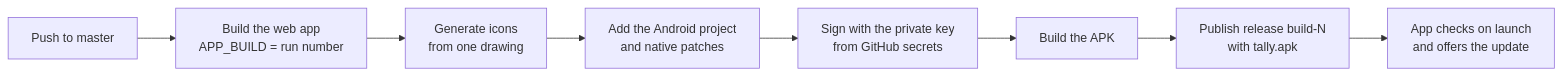
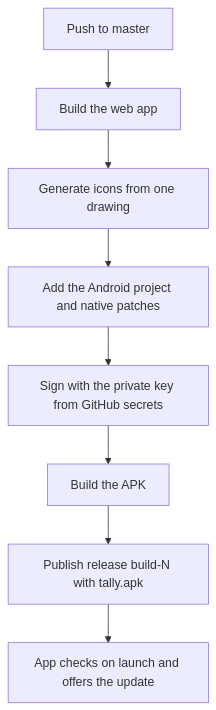
Before and after one commit to byteghst/Tally-Exam-Tracker-V01-Upgraded-: the diagram in README.md, drawn with Mermaid.

Commit message:
docs: simpler release diagram that renders everywhere

````diff
--- a/README.md
+++ b/README.md
@@ -162,10 +162,10 @@
 ```mermaid
-flowchart LR
-  A[Push to master] --> B[Build the web app<br/>APP_BUILD = run number]
-  B --> C[Generate icons<br/>from one drawing]
-  C --> D[Add the Android project<br/>and native patches]
-  D --> E[Sign with the private key<br/>from GitHub secrets]
-  E --> F[Build the APK]
-  F --> G[Publish release build-N<br/>with tally.apk]
-  G --> H[App checks on launch<br/>and offers the update]
+flowchart TD
+  A["Push to master"] --> B["Build the web app"]
+  B --> C["Generate icons from one drawing"]
+  C --> D["Add the Android project and native patches"]
+  D --> E["Sign with the private key from GitHub secrets"]
+  E --> F["Build the APK"]
+  F --> G["Publish release build-N with tally.apk"]
+  G --> H["App checks on launch and offers the update"]
 ```
````
